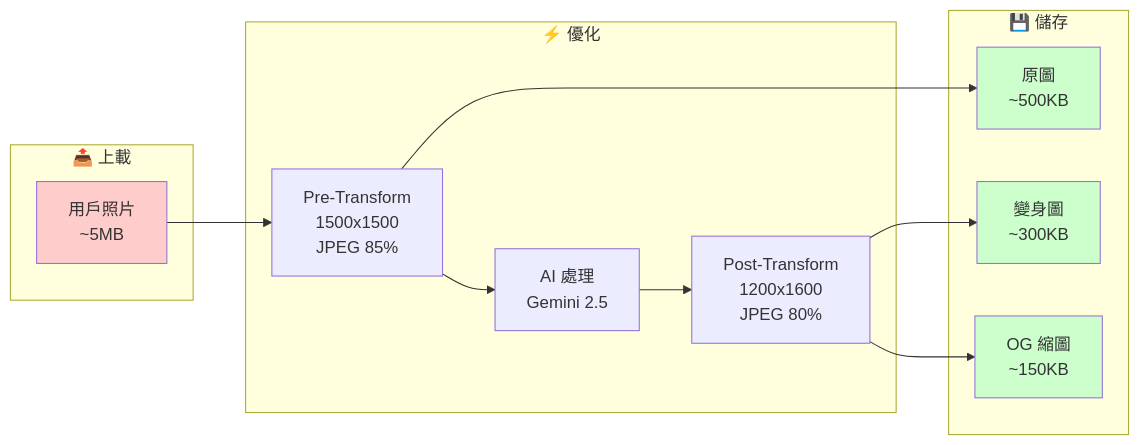
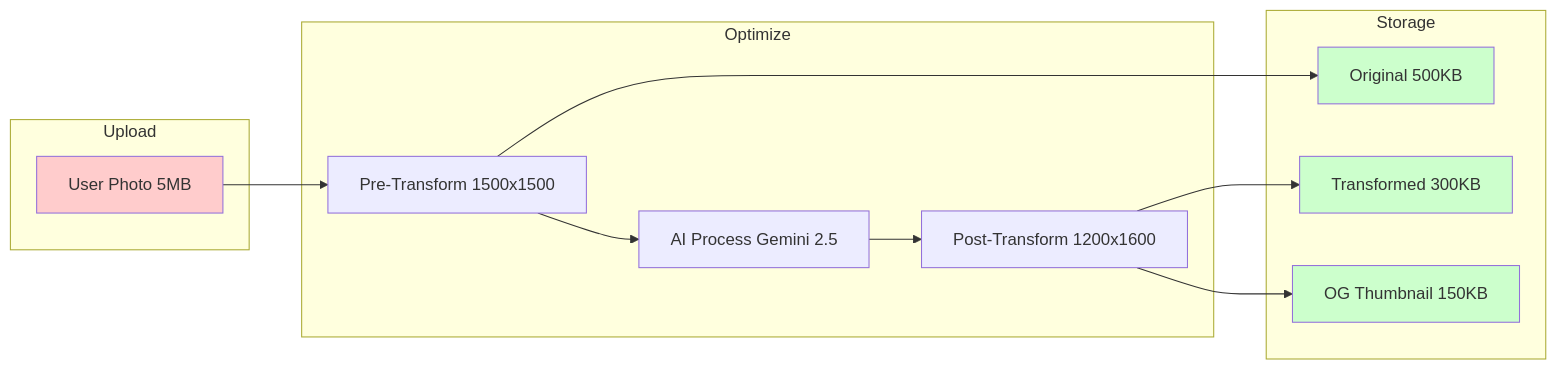
Before and after one commit to ZorroCheng-MC/sharehub: the sixth of 7 diagrams in documents/2026-01-06-ccf-shave-for-hope-technical-plan.md, drawn with Mermaid. The commit also changed other lines of this file, not shown here.

Commit message:
Fix Mermaid diagram syntax for GitHub Pages rendering

````diff
--- a/documents/2026-01-06-ccf-shave-for-hope-technical-plan.md
+++ b/documents/2026-01-06-ccf-shave-for-hope-technical-plan.md
@@ -707,28 +699,28 @@
 ```mermaid
 flowchart LR
-    subgraph INPUT["📤 上載"]
-        A[用戶照片<br/>~5MB]
+    subgraph INPUT["Upload"]
+        A["User Photo 5MB"]
     end
 
-    subgraph OPTIMIZE["⚡ 優化"]
-        B[Pre-Transform<br/>1500x1500<br/>JPEG 85%]
-        C[AI 處理<br/>Gemini 2.5]
-        D[Post-Transform<br/>1200x1600<br/>JPEG 80%]
+    subgraph OPTIMIZE["Optimize"]
+        B["Pre-Transform 1500x1500"]
+        C["AI Process Gemini 2.5"]
+        D["Post-Transform 1200x1600"]
     end
 
-    subgraph OUTPUT["💾 儲存"]
-        E[原圖<br/>~500KB]
-        F[變身圖<br/>~300KB]
-        G[OG 縮圖<br/>~150KB]
+    subgraph OUTPUT["Storage"]
+        E["Original 500KB"]
+        F["Transformed 300KB"]
+        G["OG Thumbnail 150KB"]
     end
 
     A --> B --> C --> D
     B --> E
     D --> F
     D --> G
 
     style A fill:#ffcccc
     style E fill:#ccffcc
     style F fill:#ccffcc
     style G fill:#ccffcc
 ```
````
